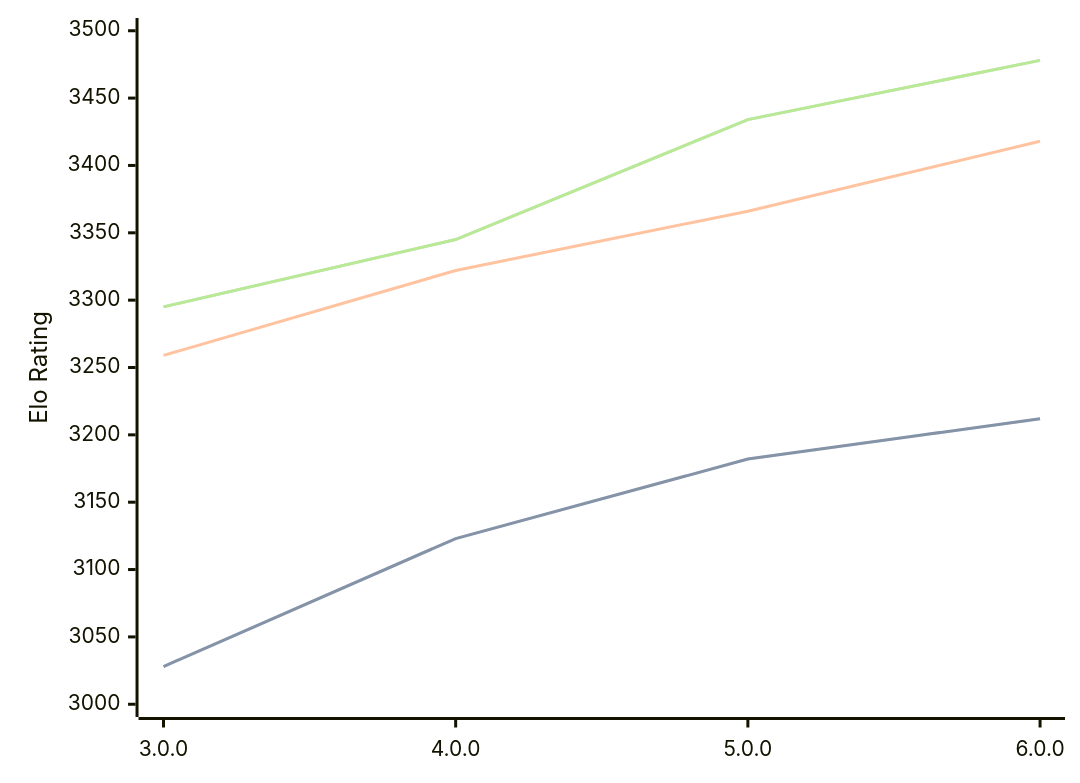
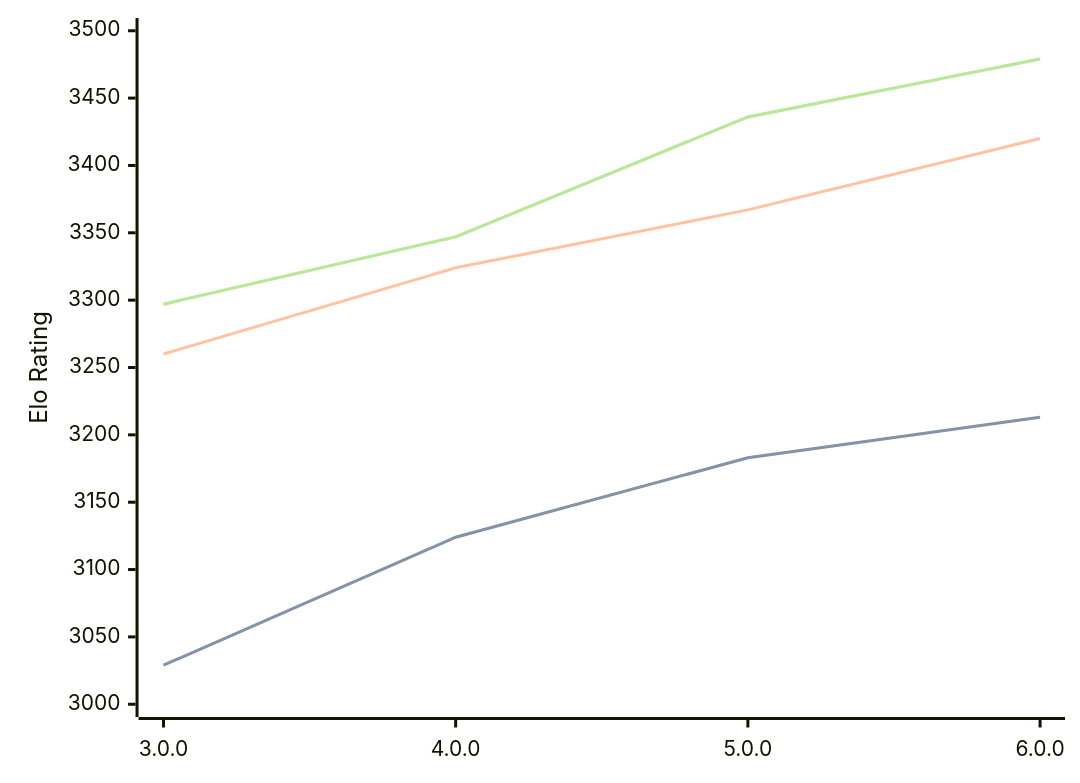
The diagram in engines/Minke.md (computer-chess-index/cci), drawn with Mermaid before and after one commit. The commit also changed other lines of this file, not shown here.

Commit message:
Update CCI Ratings (ELO VLTC) - 2026-05-16

````diff
--- a/engines/Minke.md
+++ b/engines/Minke.md
@@ -36,11 +36,11 @@
 ```mermaid
 %%{init: {"theme":"base","themeVariables":{"seriesColors:['#a3a3a3','#222221','#faa371']}}}%%
 xychart-beta
   x-axis ["3.0.0", "4.0.0", "5.0.0", "6.0.0"]
   y-axis "Elo Rating" 3000 --> 3500
-  line "STC (8.0+0.08s)" [3028, 3123, 3182, 3212]
-  line "STC (8.0+0.08s)" [3028, 3123, 3182, 3212]
-  line "LTC (60.0+0.60s)" [3259, 3322, 3366, 3418]
-  line "VLTC (2m24s+1.12s)" [3295, 3345, 3434, 3478]
-  line "VLTC (2m24s+1.12s)" [3295, 3345, 3434, 3478]
+  line "STC (8.0+0.08s)" [3029, 3124, 3183, 3213]
+  line "STC (8.0+0.08s)" [3029, 3124, 3183, 3213]
+  line "LTC (60.0+0.60s)" [3260, 3324, 3367, 3420]
+  line "VLTC (2m24s+1.12s)" [3297, 3347, 3436, 3479]
+  line "VLTC (2m24s+1.12s)" [3297, 3347, 3436, 3479]
 ```
````
